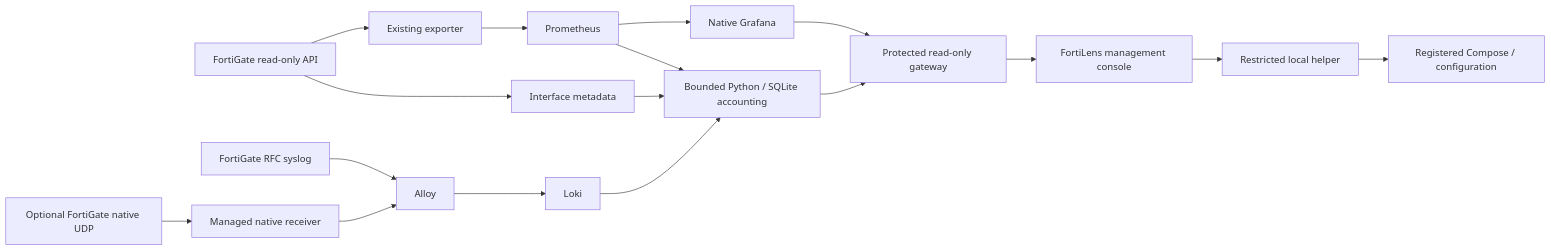
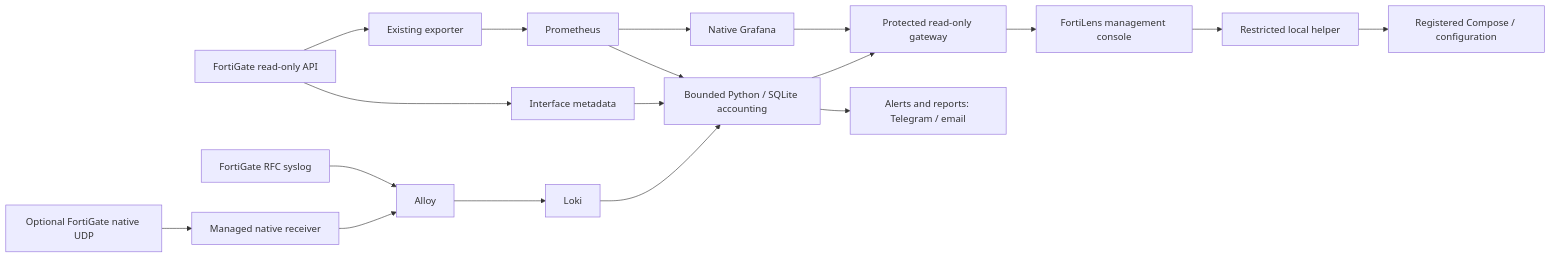
Before and after one commit to Rafattitas/fortilens: the diagram in docs/development/PROJECT_CONTEXT.md, drawn with Mermaid. The commit also changed other lines of this file and 52 other files, not shown here.

First line of the commit message:
Send alerts and reports to Telegram and email (#68)

````diff
--- a/docs/development/PROJECT_CONTEXT.md
+++ b/docs/development/PROJECT_CONTEXT.md
@@ -17,17 +17,18 @@
 ```mermaid
 flowchart LR
     FG[FortiGate read-only API] --> EX[Existing exporter]
     EX --> PM[Prometheus]
     FG --> INV[Interface metadata]
     SYS[FortiGate RFC syslog] --> AL[Alloy] --> LK[Loki]
     NATIVE[Optional FortiGate native UDP] --> RX[Managed native receiver] --> AL
     LK --> AC[Bounded Python / SQLite accounting]
     INV --> AC
     PM --> GF[Native Grafana]
     PM --> AC
     GF --> GW[Protected read-only gateway]
     AC --> GW
+    AC --> NT[Alerts and reports: Telegram / email]
     GW --> UI[FortiLens management console]
     UI --> HP[Restricted local helper]
     HP --> CM[Registered Compose / configuration]
 ```
````
